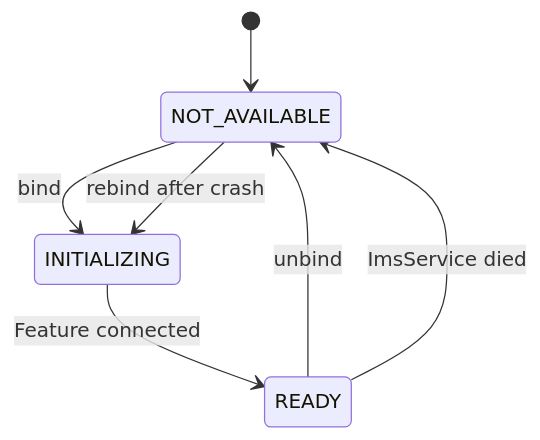
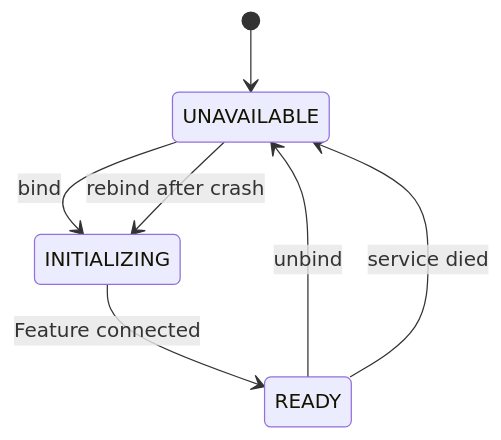
Diagram 25 of 55 in 36-telephony.md (aospbooks/aosp-internal-book), drawn with Mermaid before and after one commit. The commit also changed other lines of this file and 218 other files, not shown here.

````diff
--- a/36-telephony.md
+++ b/36-telephony.md
@@ -2022,9 +2053,9 @@
 ```mermaid
 stateDiagram-v2
-    [*] --> NOT_AVAILABLE
-    NOT_AVAILABLE --> INITIALIZING : bind
+    [*] --> UNAVAILABLE
+    UNAVAILABLE --> INITIALIZING : bind
     INITIALIZING --> READY : Feature connected
-    READY --> NOT_AVAILABLE : unbind
-    READY --> NOT_AVAILABLE : ImsService died
-    NOT_AVAILABLE --> INITIALIZING : rebind after crash
+    READY --> UNAVAILABLE : unbind
+    READY --> UNAVAILABLE : service died
+    UNAVAILABLE --> INITIALIZING : rebind after crash
 ```
````
